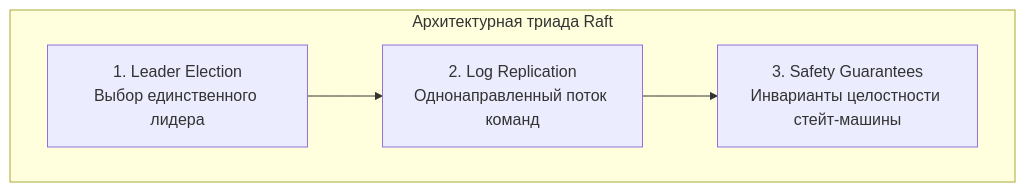
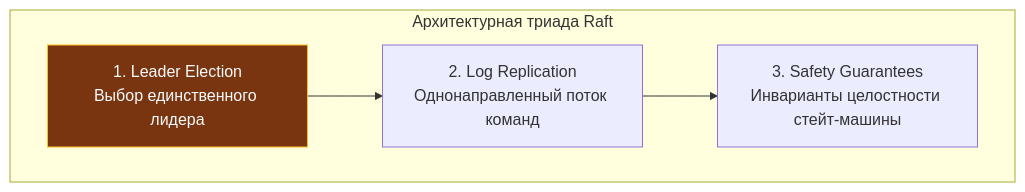
The first of 3 diagrams in sources/14. Распределенные системы на Go/02. Консенсус/2. Raft. Основы.md (UnrealTemplier/go-textbook), drawn with Mermaid before and after one commit. The commit also changed other lines of this file and 1666 other files, not shown here.

First line of the commit message:
feat(mermaid): add semantic color classDef to 1369 colorless flowchart/graph diagrams

````diff
--- a/sources/14. Распределенные системы на Go/02. Консенсус/2. Raft. Основы.md
+++ b/sources/14. Распределенные системы на Go/02. Консенсус/2. Raft. Основы.md
@@ -29,7 +29,17 @@
 ```mermaid
 flowchart TD
+    classDef process  fill:#1e293b,stroke:#38bdf8,stroke-width:1px,color:#f8fafc
+    classDef success  fill:#064e3b,stroke:#34d399,stroke-width:1px,color:#f8fafc
+    classDef error    fill:#7f1d1d,stroke:#f87171,stroke-width:1px,color:#f8fafc
+    classDef warning  fill:#78350f,stroke:#fbbf24,stroke-width:1px,color:#f8fafc
+    classDef entry    fill:#1e3a5f,stroke:#38bdf8,stroke-width:2px,color:#f8fafc
+    classDef aux      fill:#334155,stroke:#64748b,stroke-width:1px,color:#f8fafc
+    classDef system   fill:#312e81,stroke:#a78bfa,stroke-width:1px,color:#f8fafc
+    classDef data     fill:#132d29,stroke:#2dd4bf,stroke-width:1px,color:#f8fafc
+    classDef network  fill:#881337,stroke:#fb7185,stroke-width:1px,color:#f8fafc
+    classDef accent   fill:#1e1b4b,stroke:#818cf8,stroke-width:1px,color:#f8fafc
     subgraph RaftAlgorithm["Архитектурная триада Raft"]
-        E["1. Leader Election<br/>Выбор единственного лидера"] --> R["2. Log Replication<br/>Однонаправленный поток команд"]
+        E["1. Leader Election<br/>Выбор единственного лидера"]:::warning --> R["2. Log Replication<br/>Однонаправленный поток команд"]
         R --> S["3. Safety Guarantees<br/>Инварианты целостности стейт-машины"]
     end
 ```
````
